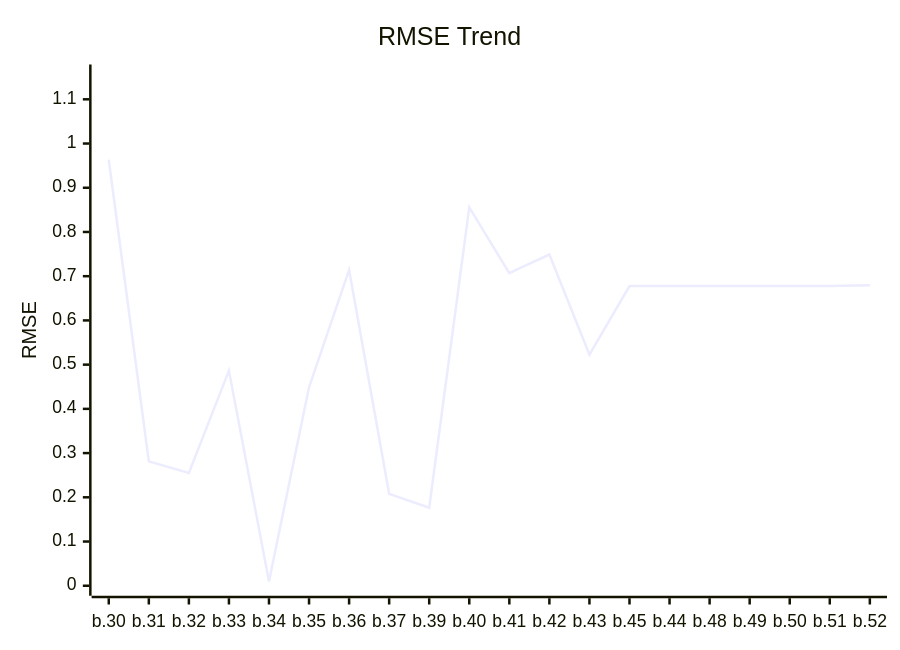
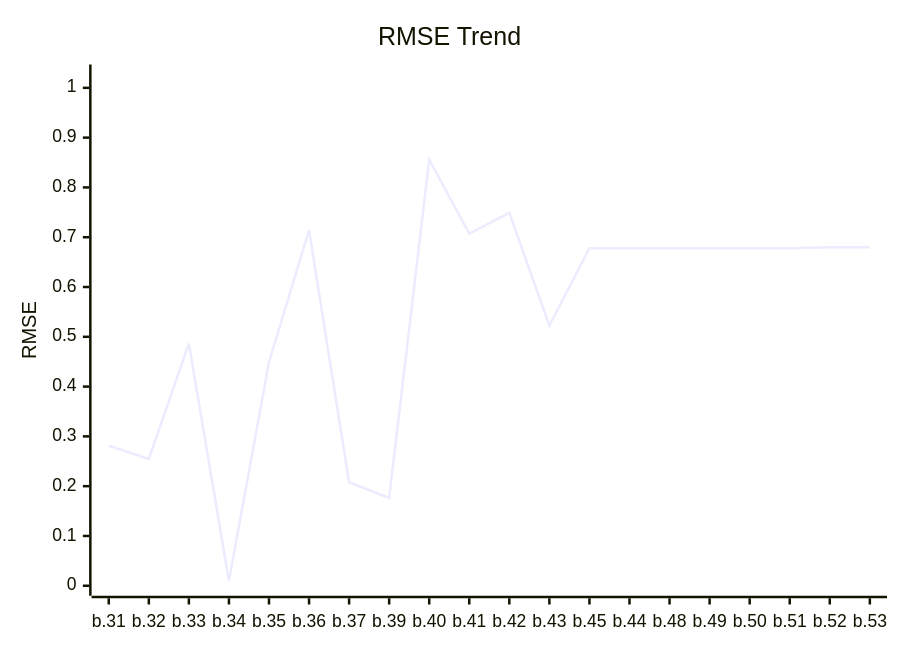
Before and after one commit to timo-eberl/tracy: the first of 2 diagrams in README.md, drawn with Mermaid. The commit also changed other lines of this file and 3 other files, not shown here.

````diff
--- a/README.md
+++ b/README.md
@@ -13,7 +13,7 @@
 ```mermaid
 xychart-beta
     title "RMSE Trend"
-    x-axis ["b.30", "b.31", "b.32", "b.33", "b.34", "b.35", "b.36", "b.37", "b.39", "b.40", "b.41", "b.42", "b.43", "b.45", "b.44", "b.48", "b.49", "b.50", "b.51", "b.52"]
-    y-axis "RMSE" 0 --> 1.1561
-    line [0.9634, 0.2812, 0.2549, 0.4864, 0.0098, 0.4489, 0.7142, 0.2079, 0.1763, 0.8557, 0.7071, 0.749, 0.5226, 0.677836, 0.677984, 0.678, 0.678, 0.678, 0.6778, 0.6796]
+    x-axis ["b.31", "b.32", "b.33", "b.34", "b.35", "b.36", "b.37", "b.39", "b.40", "b.41", "b.42", "b.43", "b.45", "b.44", "b.48", "b.49", "b.50", "b.51", "b.52", "b.53"]
+    y-axis "RMSE" 0 --> 1.0268
+    line [0.2812, 0.2549, 0.4864, 0.0098, 0.4489, 0.7142, 0.2079, 0.1763, 0.8557, 0.7071, 0.749, 0.5226, 0.677836, 0.677984, 0.678, 0.678, 0.678, 0.6778, 0.6796, 0.6796]
 ```
````
